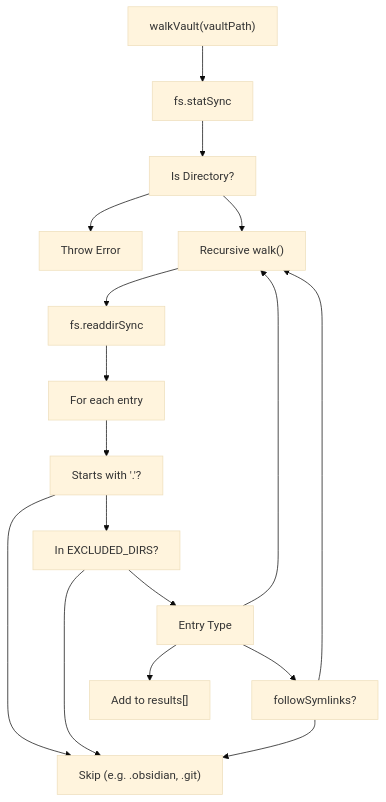
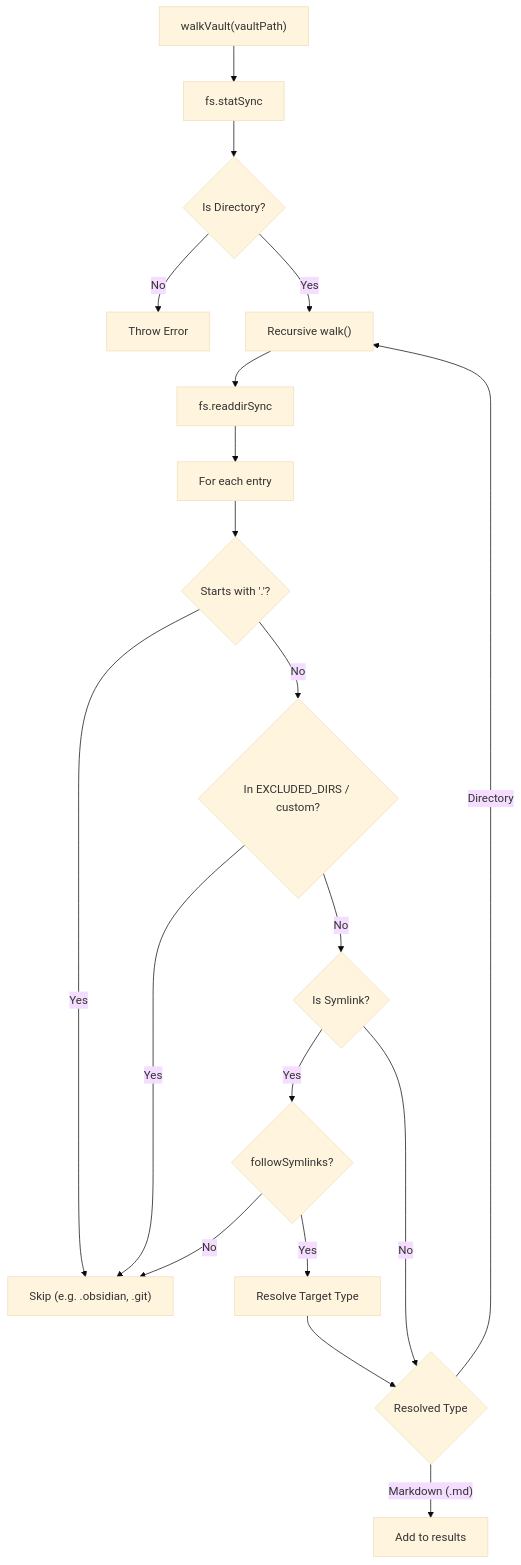
Before and after one commit to Kuldeep2822k/cli: the first of 2 diagrams in docs/04-3-vault-walker-and-file-cache.md, drawn with Mermaid (base theme). The commit also changed other lines of this file and 19 other files, not shown here.

````diff
--- a/docs/04-3-vault-walker-and-file-cache.md
+++ b/docs/04-3-vault-walker-and-file-cache.md
@@ -41,32 +27,21 @@
 ```mermaid
 flowchart TD
-    ROOT["walkVault(vaultPath)"]
-    STAT["fs.statSync"]
-    VALID["Is Directory?"]
-    ERR["Throw Error"]
-    RECURSE["Recursive walk()"]
-    ENTRIES["fs.readdirSync"]
-    LOOP["For each entry"]
-    IS_DOT["Starts with '.'?"]
-    SKIP["Skip (e.g. .obsidian, .git)"]
-    IS_EXCL["In EXCLUDED_DIRS?"]
-    TYPE["Entry Type"]
-    COLLECT["Add to results#91;#93;"]
-    SYM["followSymlinks?"]
-    ROOT --> STAT
-    STAT --> VALID
-    VALID --> ERR
-    VALID --> RECURSE
-    RECURSE --> ENTRIES
-    ENTRIES --> LOOP
-    LOOP --> IS_DOT
-    IS_DOT --> SKIP
-    IS_DOT --> IS_EXCL
-    IS_EXCL --> SKIP
-    IS_EXCL --> TYPE
-    TYPE --> RECURSE
-    TYPE --> COLLECT
-    TYPE --> SYM
-    SYM --> SKIP
-    SYM --> RECURSE
+    ROOT["walkVault(vaultPath)"] --> STAT["fs.statSync"]
+    STAT --> VALID{"Is Directory?"}
+    VALID -- "No" --> ERR["Throw Error"]
+    VALID -- "Yes" --> RECURSE["Recursive walk()"]
+    RECURSE --> ENTRIES["fs.readdirSync"]
+    ENTRIES --> LOOP["For each entry"]
+    LOOP --> IS_DOT{"Starts with '.'?"}
+    IS_DOT -- "Yes" --> SKIP["Skip (e.g. .obsidian, .git)"]
+    IS_DOT -- "No" --> IS_EXCL{"In EXCLUDED_DIRS / custom?"}
+    IS_EXCL -- "Yes" --> SKIP
+    IS_EXCL -- "No" --> IS_SYM{"Is Symlink?"}
+    IS_SYM -- "Yes" --> SYM_OPT{"followSymlinks?"}
+    SYM_OPT -- "No" --> SKIP
+    SYM_OPT -- "Yes" --> RESOLVE["Resolve Target Type"]
+    RESOLVE --> TYPE{"Resolved Type"}
+    IS_SYM -- "No" --> TYPE
+    TYPE -- "Directory" --> RECURSE
+    TYPE -- "Markdown (.md)" --> COLLECT["Add to results"]
 ```
````
